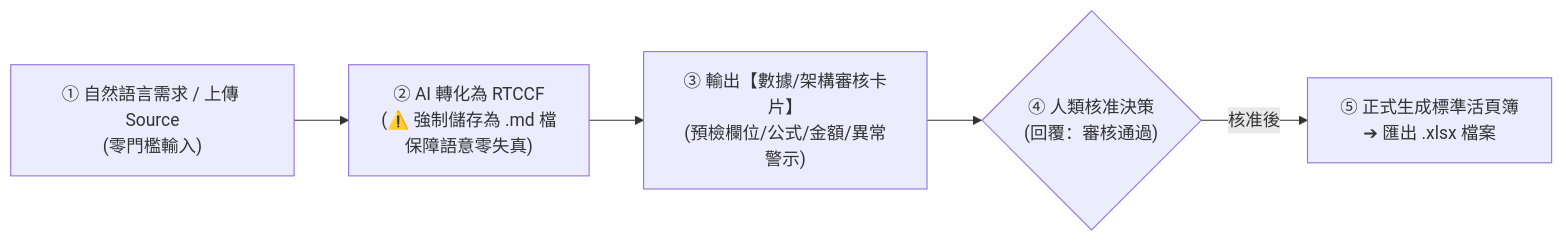
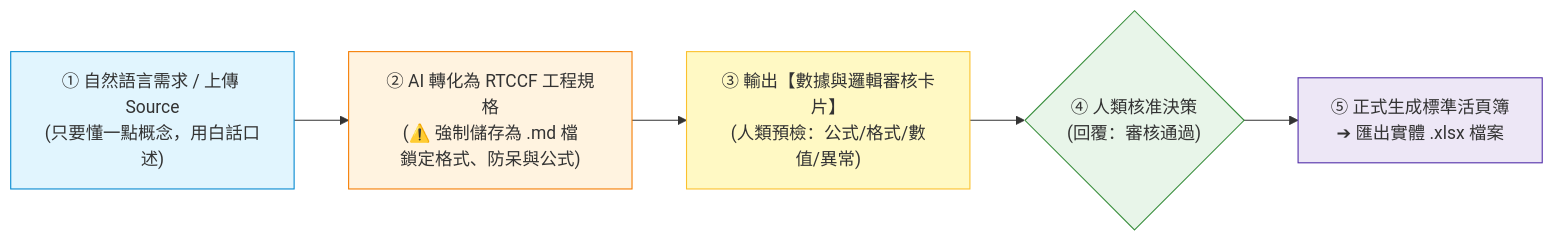
The first of 2 diagrams in 常見的AI應用/辦公室全能應用/Excel試算表的生成/README.md (roberthsu2003/workflow-productivity), drawn with Mermaid before and after one commit. The commit also changed other lines of this file and 51 other files, not shown here.

````diff
--- a/常見的AI應用/辦公室全能應用/Excel試算表的生成/README.md
+++ b/常見的AI應用/辦公室全能應用/Excel試算表的生成/README.md
@@ -12,7 +13,14 @@
 ```mermaid
 flowchart LR
-    A["① 自然語言需求 / 上傳 Source\n(零門檻輸入)"] --> B["② AI 轉化為 RTCCF\n(⚠️ 強制儲存為 .md 檔\n保障語意零失真)"]
-    B --> C["③ 輸出【數據/架構審核卡片】\n(預檢欄位/公式/金額/異常警示)"]
-    C --> D{"④ 人類核准決策\n(回覆：審核通過)"}
-    D -->|核准後| E["⑤ 正式生成標準活頁簿\n➔ 匯出 .xlsx 檔案"]
+    A["① 自然語言需求 / 上傳 Source\n(只要懂一點概念，用白話口述)"] 
+    --> B["② AI 轉化為 RTCCF 工程規格\n(⚠️ 強制儲存為 .md 檔\n鎖定格式、防呆與公式)"]
+    --> C["③ 輸出【數據與邏輯審核卡片】\n(人類預檢：公式/格式/數值/異常)"]
+    --> D{"④ 人類核准決策\n(回覆：審核通過)"}
+    --> E["⑤ 正式生成標準活頁簿\n➔ 匯出實體 .xlsx 檔案"]
+    
+    style A fill:#E1F5FE,stroke:#0288D1
+    style B fill:#FFF3E0,stroke:#F57C00
+    style C fill:#FFF9C4,stroke:#FBC02D
+    style D fill:#E8F5E9,stroke:#388E3C
+    style E fill:#EDE7F6,stroke:#512DA8
 ```
````
